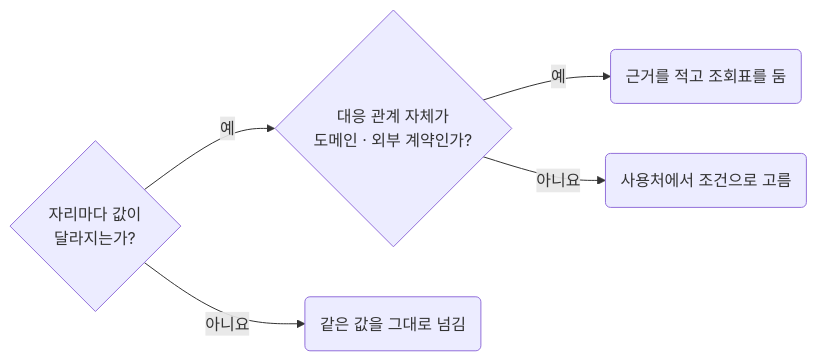
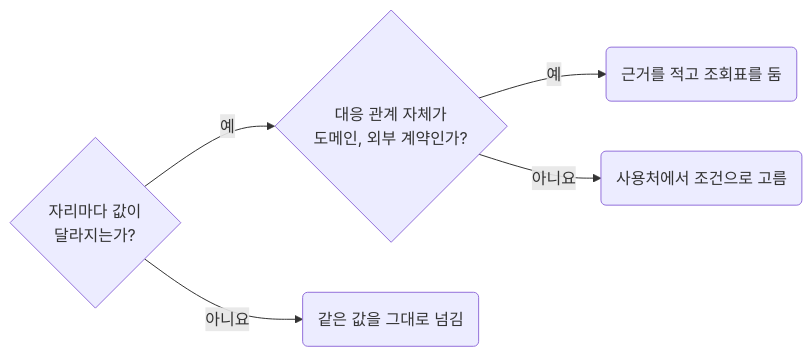
Before and after one commit to minu-ha/agent-conventions: the diagram in skill/typescript/rules/04-05-values-avoid-lookup-tables-for-simple-choices.md, drawn with Mermaid. The commit also changed other lines of this file and 194 other files, not shown here.

````diff
--- a/skill/typescript/rules/04-05-values-avoid-lookup-tables-for-simple-choices.md
+++ b/skill/typescript/rules/04-05-values-avoid-lookup-tables-for-simple-choices.md
@@ -25,6 +25,6 @@
 ```mermaid
 flowchart LR
-	q1{"자리마다 값이<br>달라지는가?"} -- 예 --> q2{"대응 관계 자체가<br>도메인 · 외부 계약인가?"} -- 예 --> r2("근거를 적고 조회표를 둠")
+	q1{"자리마다 값이<br>달라지는가?"} -- 예 --> q2{"대응 관계 자체가<br>도메인, 외부 계약인가?"} -- 예 --> r2("근거를 적고 조회표를 둠")
 	q1 -- 아니요 --> r1("같은 값을 그대로 넘김")
 	q2 -- 아니요 --> r3("사용처에서 조건으로 고름")
 ```
````
